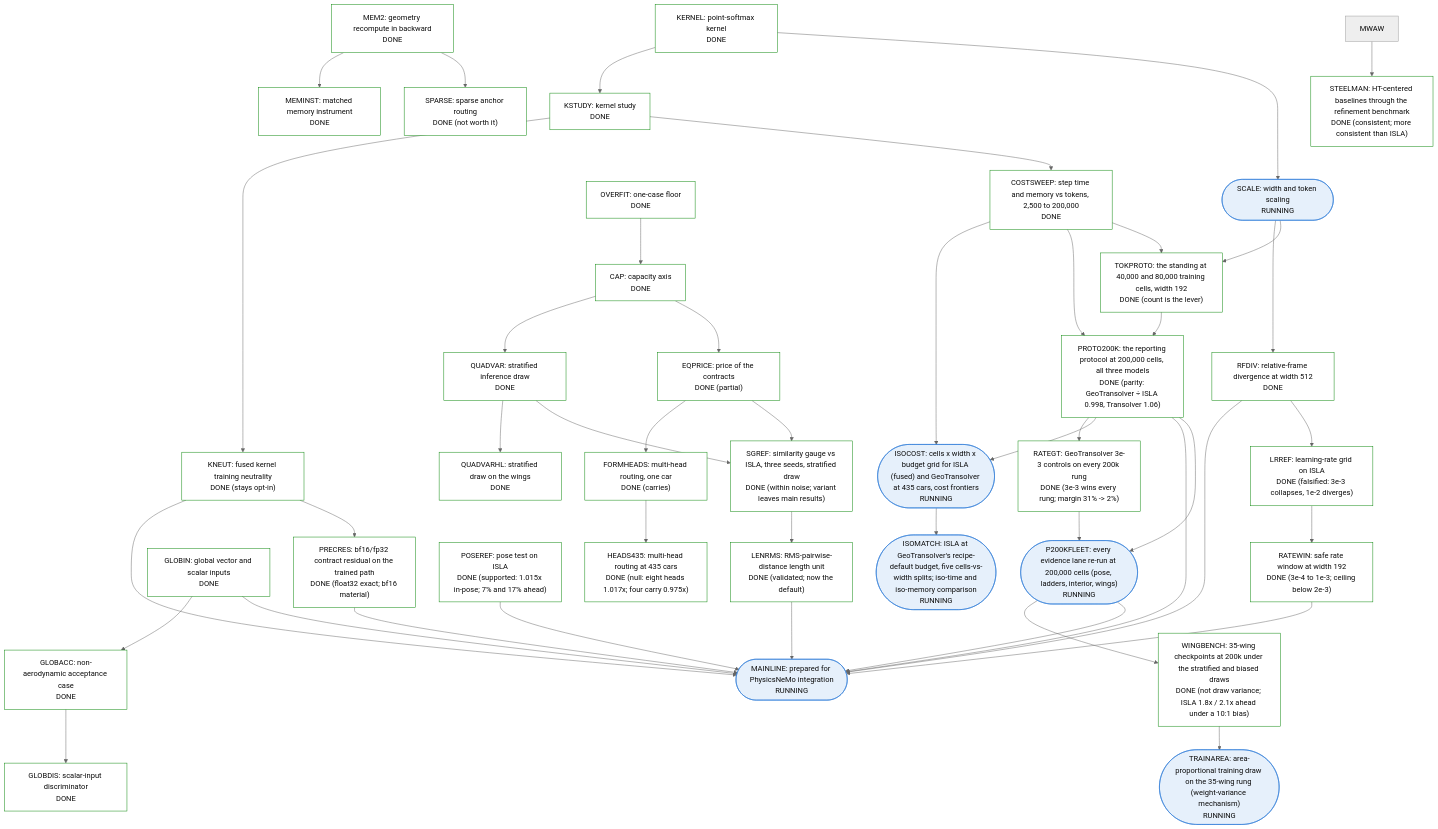
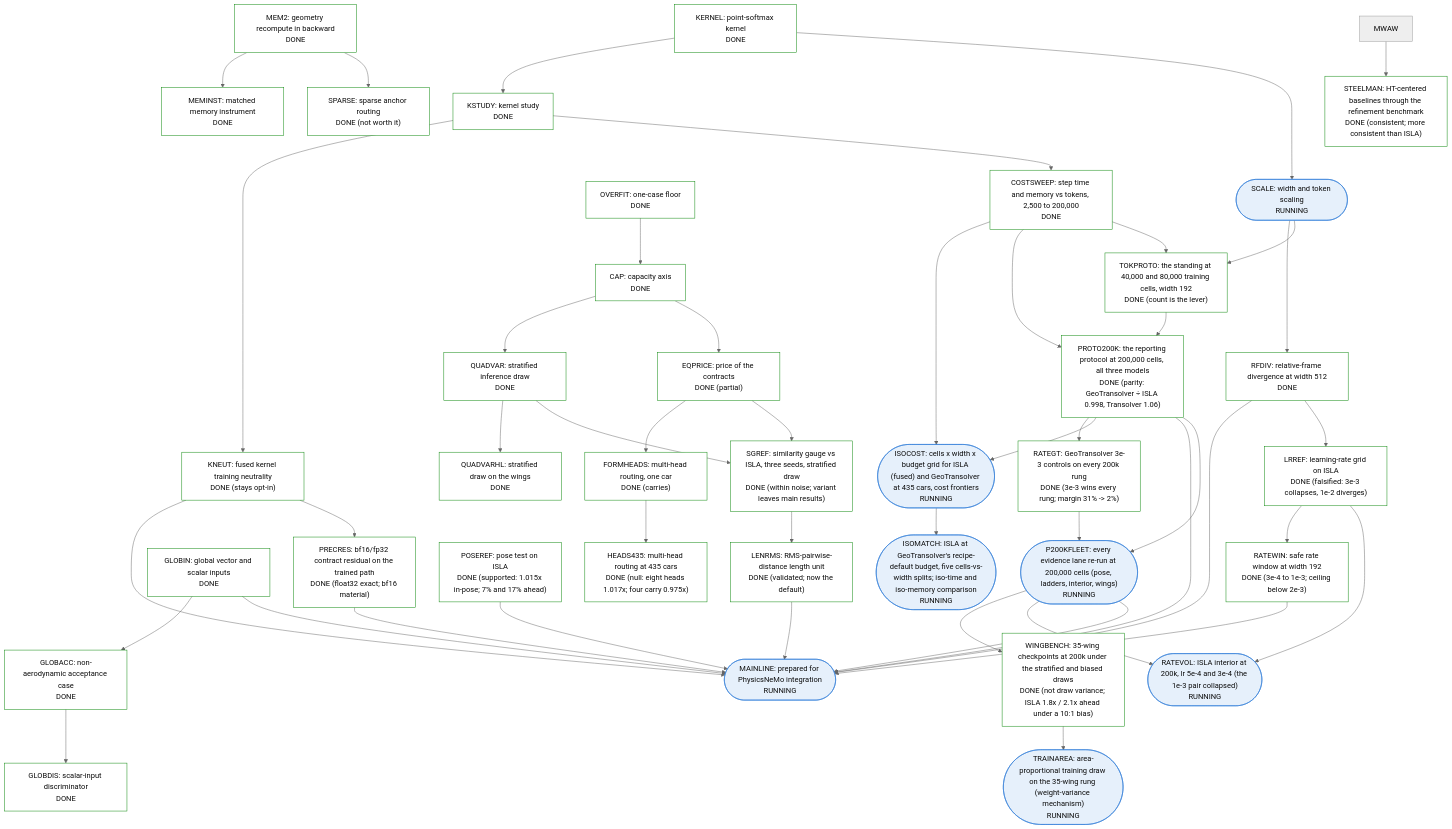
One commit to peterdsharpe/physicsnemo changed the fifth of 5 diagrams in examples/cfd/mesh_transformer/book/13-program-status.qmd. Above: the diagram before and after it, drawn with Mermaid (neutral theme). The commit also changed other lines of this file and 3 other files, not shown here.

```diff
--- a/examples/cfd/mesh_transformer/book/13-program-status.qmd
+++ b/examples/cfd/mesh_transformer/book/13-program-status.qmd
@@ -312,6 +312,7 @@
     POSEREF["POSEREF: pose test on ISLA<br/>DONE (supported: 1.015x in-pose; 7% and 17% ahead)"]:::done
     LRREF["LRREF: learning-rate grid on ISLA<br/>DONE (falsified: 3e-3 collapses, 1e-2 diverges)"]:::done
     RATEWIN["RATEWIN: safe rate window at width 192<br/>DONE (3e-4 to 1e-3; ceiling below 2e-3)"]:::done
+    RATEVOL(["RATEVOL: ISLA interior at 200k, lr 5e-4 and 3e-4 (the 1e-3 pair collapsed)<br/>RUNNING"]):::running
     TRAINAREA(["TRAINAREA: area-proportional training draw on the 35-wing rung (weight-variance mechanism)<br/>RUNNING"]):::running
     ISOMATCH(["ISOMATCH: ISLA at GeoTransolver's recipe-default budget, five cells-vs-width splits; iso-time and iso-memory comparison<br/>RUNNING"]):::running
     ISOCOST(["ISOCOST: cells x width x budget grid for ISLA (fused) and GeoTransolver at 435 cars, cost frontiers<br/>RUNNING"]):::running
@@ -351,6 +352,8 @@
     RATEGT --> P200KFLEET
     P200KFLEET --> WINGBENCH
     WINGBENCH --> TRAINAREA
+    LRREF --> RATEVOL
+    P200KFLEET --> RATEVOL
     PROTO200K --> ISOCOST
     COSTSWEEP --> ISOCOST
     ISOCOST --> ISOMATCH
```
